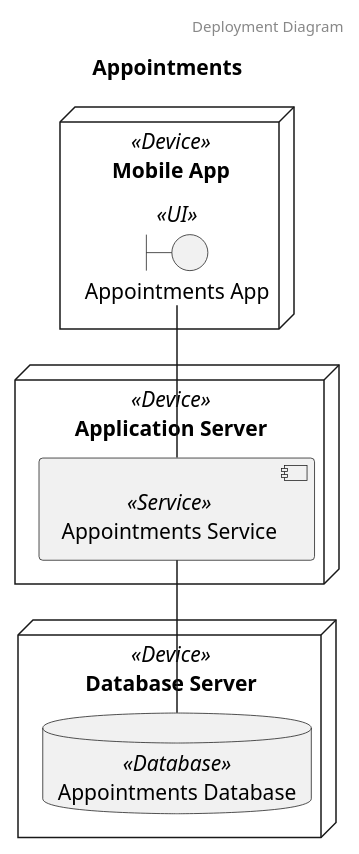
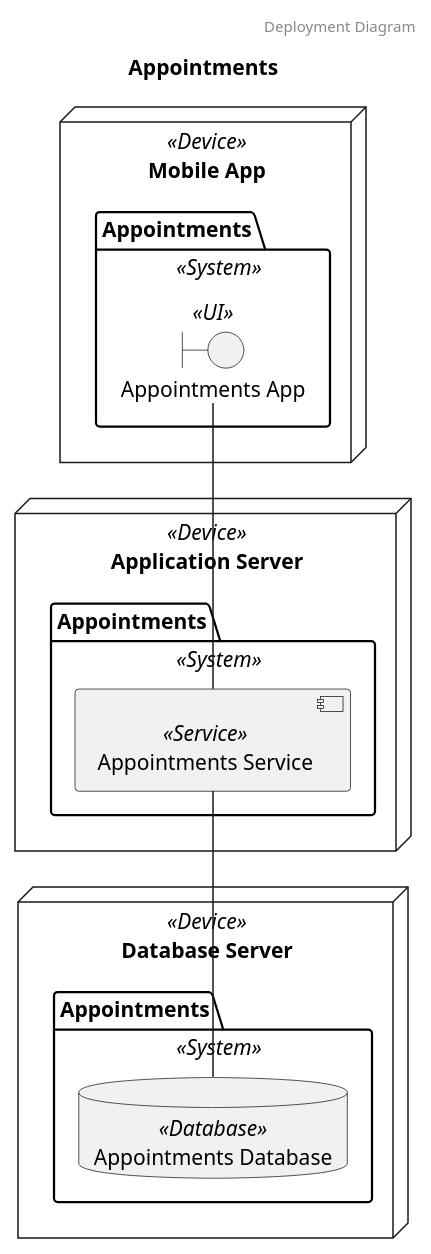
One commit to garrettsutula/example-trellis-project changed the second of 4 diagrams in diagrams/systems/Appointments.puml. Above: the diagram before and after it, drawn with PlantUML. The commit also changed 13 other files, not shown here.

```diff
--- a/diagrams/systems/Appointments.puml
+++ b/diagrams/systems/Appointments.puml
@@ -15,18 +15,24 @@
 @startuml Deployment Diagram Appointments
 header Deployment Diagram
 title Appointments
 	node "Mobile App" as Mobile_App <<Device>> {
-		boundary "Appointments App" as Appointments_App <<UI>>
+		package "Appointments" as Appointments_Mobile_App_package <<System>>{
+			boundary "Appointments App" as Appointments_App <<UI>>
+		}
 	}
 
 	node "Application Server" as Application_Server <<Device>> {
-		component "Appointments Service" as Appointments_Service <<Service>>
+		package "Appointments" as Appointments_Application_Server_package <<System>>{
+			component "Appointments Service" as Appointments_Service <<Service>>
+		}
 	}
 
 	node "Database Server" as Database_Server <<Device>> {
-		database "Appointments Database" as Appointments_Database <<Database>>
+		package "Appointments" as Appointments_Database_Server_package <<System>>{
+			database "Appointments Database" as Appointments_Database <<Database>>
+		}
 	}
 
 	Appointments_App -- Appointments_Service
 	Appointments_Service -- Appointments_Database
 @enduml
```
